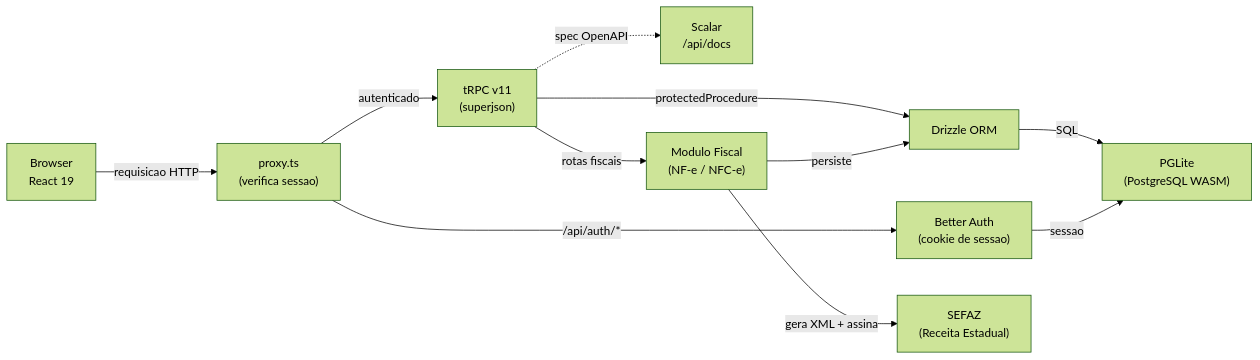
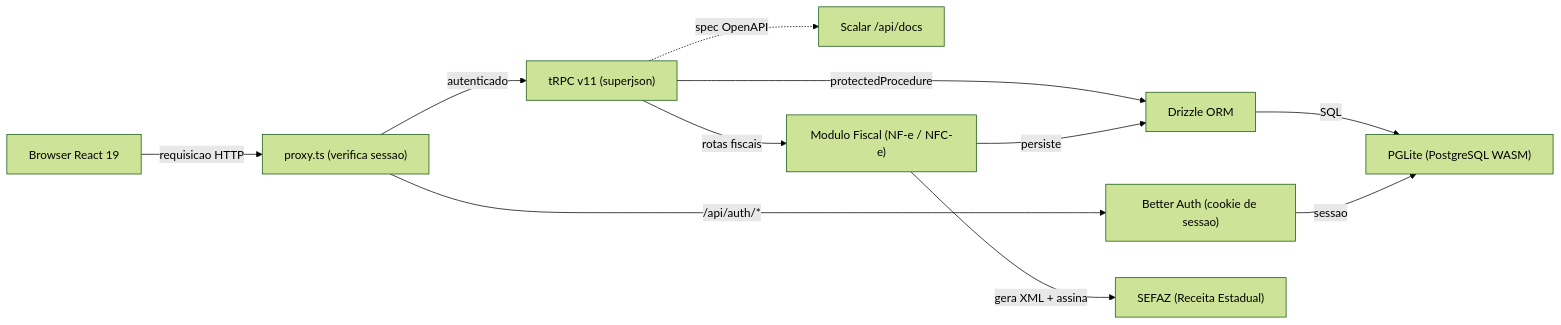
The first of 6 diagrams in README.ptBR.md (JoaoHenriqueBarbosa/FinOpenPOS), drawn with Mermaid (forest theme) before and after one commit. The commit also changed other lines of this file and 4 other files, not shown here.

````diff
--- a/README.ptBR.md
+++ b/README.ptBR.md
@@ -57,23 +57,23 @@
 ```mermaid
 flowchart LR
-  Browser["Browser\nReact 19"]
-  Proxy["proxy.ts\n(verifica sessao)"]
-  tRPC["tRPC v11\n(superjson)"]
-  Auth["Better Auth\n(cookie de sessao)"]
+  Browser["Browser React 19"]
+  Proxy["proxy.ts (verifica sessao)"]
+  tRPC["tRPC v11 (superjson)"]
+  Auth["Better Auth (cookie de sessao)"]
   Drizzle["Drizzle ORM"]
-  PGLite["PGLite\n(PostgreSQL WASM)"]
-  Scalar["Scalar\n/api/docs"]
-  Fiscal["Modulo Fiscal\n(NF-e / NFC-e)"]
-  SEFAZ["SEFAZ\n(Receita Estadual)"]
+  PGLite["PGLite (PostgreSQL WASM)"]
+  Scalar["Scalar /api/docs"]
+  Fiscal["Modulo Fiscal (NF-e / NFC-e)"]
+  SEFAZ["SEFAZ (Receita Estadual)"]
 
   Browser -->|requisicao HTTP| Proxy
   Proxy -->|autenticado| tRPC
   Proxy -->|/api/auth/*| Auth
   tRPC -->|protectedProcedure| Drizzle
   tRPC -->|rotas fiscais| Fiscal
   Drizzle -->|SQL| PGLite
   tRPC -.->|spec OpenAPI| Scalar
   Auth -->|sessao| PGLite
   Fiscal -->|gera XML + assina| SEFAZ
   Fiscal -->|persiste| Drizzle
 ```
````
